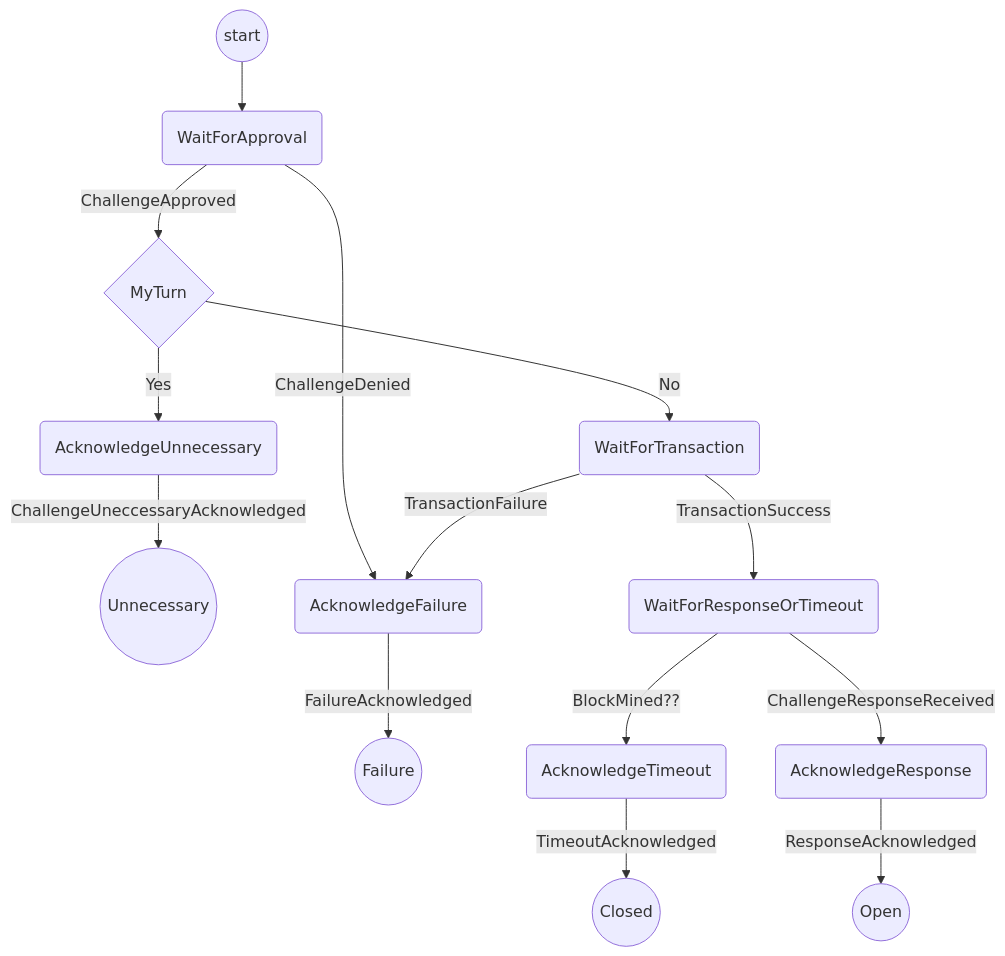
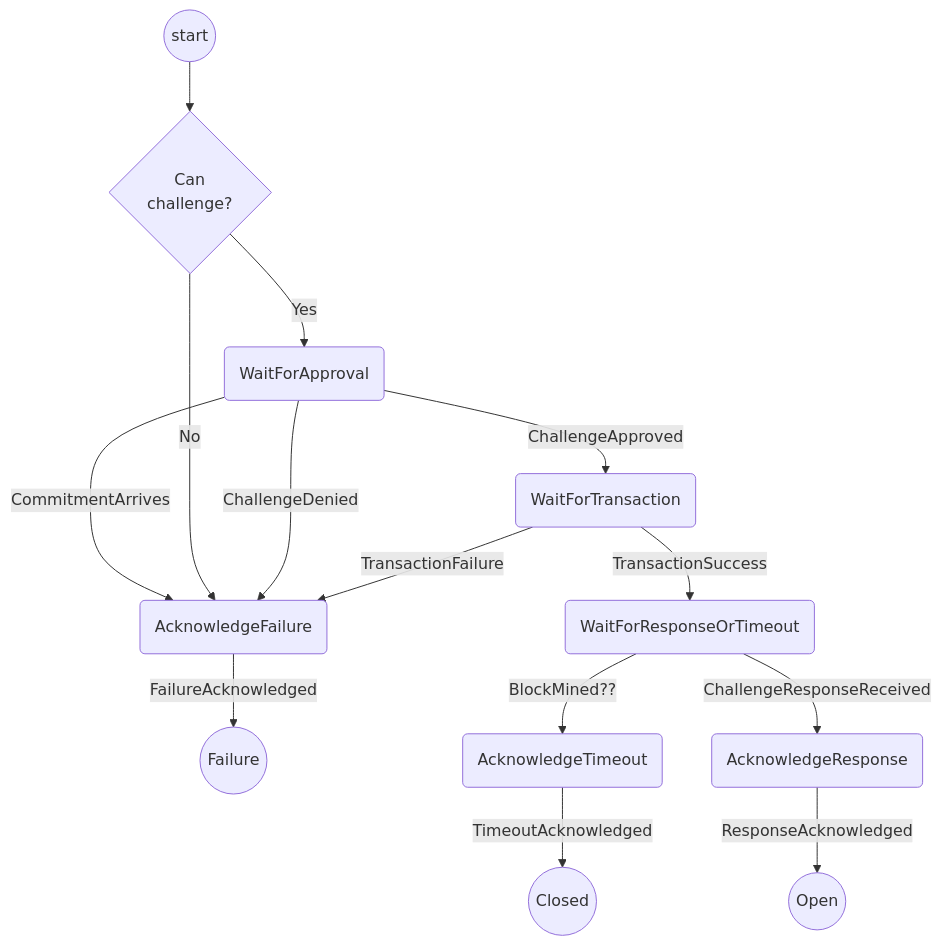
One commit to magmo/apps changed the diagram in packages/wallet/src/redux/protocols/challenging/readme.md. Above: the diagram before and after it, drawn with Mermaid. The commit also changed other lines of this file and 1 other file, not shown here.

````diff
--- a/packages/wallet/src/redux/protocols/challenging/readme.md
+++ b/packages/wallet/src/redux/protocols/challenging/readme.md
@@ -18,16 +18,16 @@
 ```mermaid
 graph TD
-  S((start)) --> WFA(WaitForApproval)
-  WFA --> |ChallengeApproved| MT{MyTurn}
-  MT --> |No| WFT(WaitForTransaction)
-  MT --> |Yes| AU(AcknowledgeUnnecessary)
-  AU --> |ChallengeUneccessaryAcknowledged| SU((Unnecessary))
+  S((start)) --> CE{Can<br/>challenge?}
+  CE --> |Yes| WFA(WaitForApproval)
+  WFA --> |CommitmentArrives| AF
+  WFA --> |ChallengeApproved| WFT(WaitForTransaction)
+  CE --> |No| AF
   WFA --> |ChallengeDenied| AF(AcknowledgeFailure)
   AF --> |FailureAcknowledged| F((Failure))
   WFT --> |TransactionSuccess| WFRT(WaitForResponseOrTimeout)
   WFT --> |TransactionFailure| AF
   WFRT --> |BlockMined??| AT(AcknowledgeTimeout)
   AT --> |TimeoutAcknowledged| SC((Closed))
   WFRT --> |ChallengeResponseReceived| AR(AcknowledgeResponse)
   AR --> |ResponseAcknowledged| SP((Open))
 ```
````
